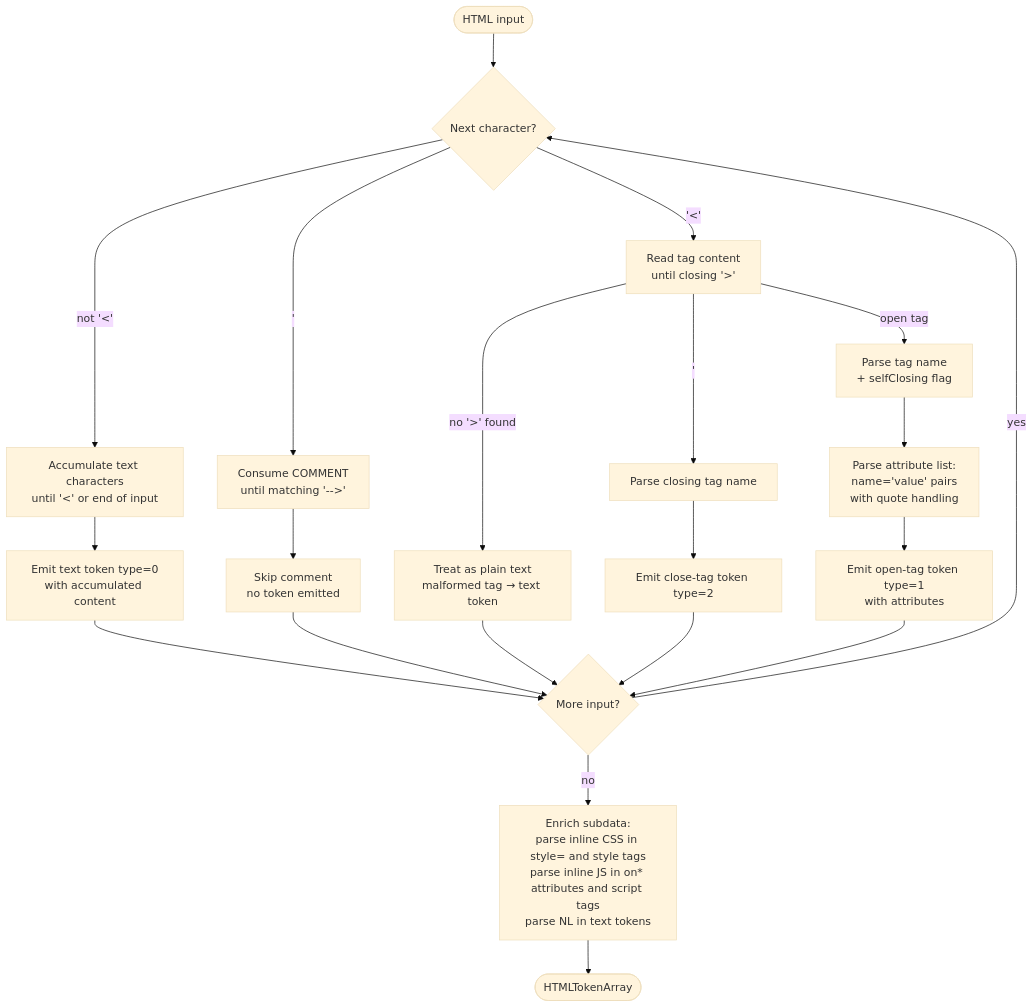
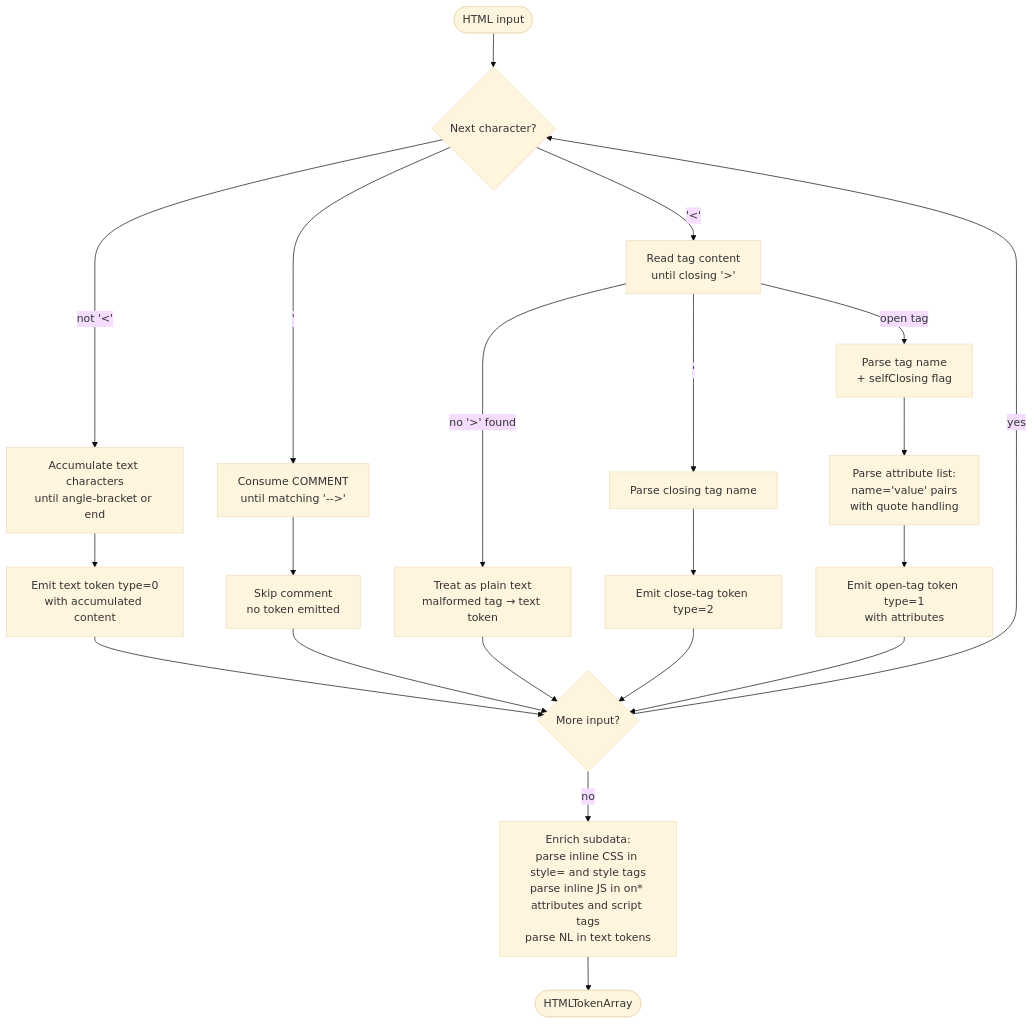
The eighth of 9 diagrams in README.md (yk001nul/htmlcodec-c), drawn with Mermaid (base theme) before and after one commit. The commit also changed other lines of this file, not shown here.

First line of the commit message:
Fix Mermaid parse errors in codec flowchart diagrams

````diff
--- a/README.md
+++ b/README.md
@@ -552,23 +551,23 @@
 ```mermaid
 flowchart TD
     A([HTML input]) --> B{Next character?}
-    B -->|not '<'| C[Accumulate text characters\nuntil '<' or end of input]
-    B -->|'<!--'| D[Consume COMMENT\nuntil matching '-->']
-    B -->|'<'| E[Read tag content\nuntil closing '>']
+    B -->|"not '<'"| C[Accumulate text characters\nuntil angle-bracket or end]
+    B -->|"'<!--'"| D["Consume COMMENT\nuntil matching '-->'"]
+    B -->|"'<'"| E["Read tag content\nuntil closing '>'"]
     C --> F[Emit text token type=0\nwith accumulated content]
     D --> G[Skip comment\nno token emitted]
-    E -->|no '>' found| H[Treat as plain text\nmalformed tag → text token]
-    E -->|'</' prefix| I[Parse closing tag name]
+    E -->|"no '>' found"| H[Treat as plain text\nmalformed tag → text token]
+    E -->|"'</' prefix"| I[Parse closing tag name]
     E -->|open tag| J[Parse tag name\n+ selfClosing flag]
     I --> K[Emit close-tag token type=2]
     J --> L[Parse attribute list:\nname='value' pairs\nwith quote handling]
     L --> M[Emit open-tag token type=1\nwith attributes]
     F --> N{More input?}
     G --> N
     H --> N
     K --> N
     M --> N
     N -->|yes| B
     N -->|no| O[Enrich subdata:\nparse inline CSS in style= and style tags\nparse inline JS in on* attributes and script tags\nparse NL in text tokens]
     O --> P([HTMLTokenArray])
 ```
````
